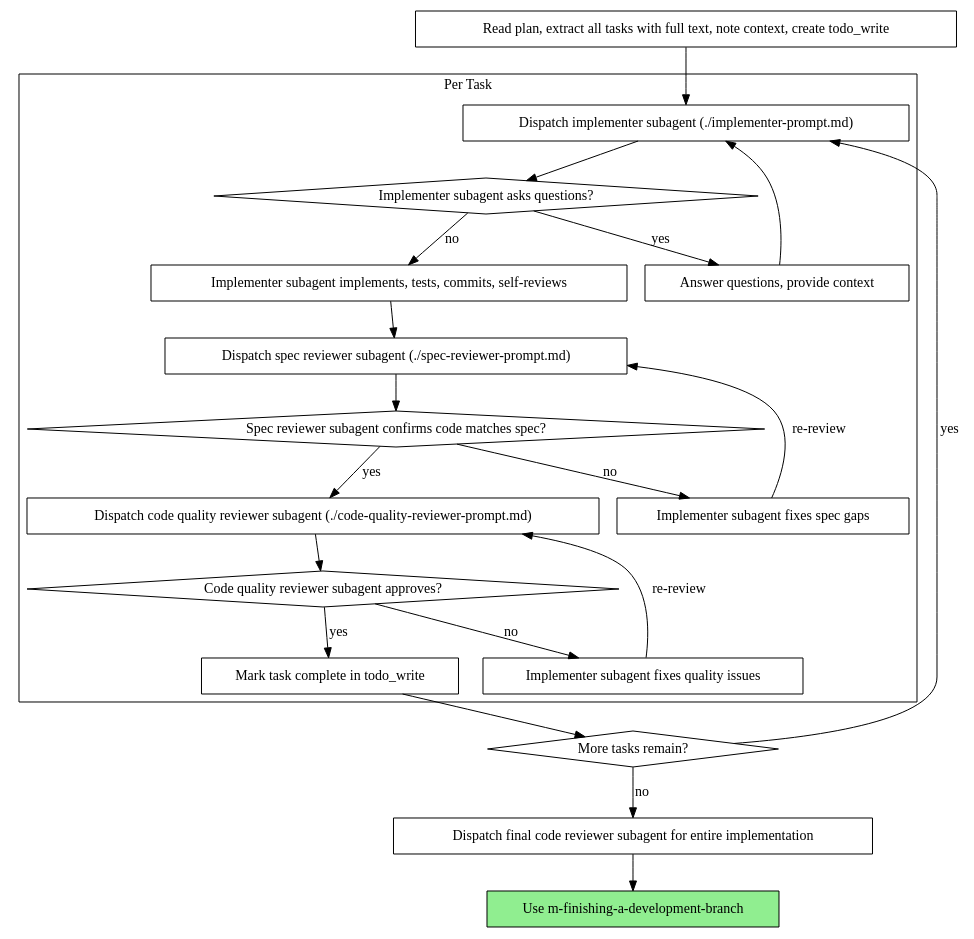
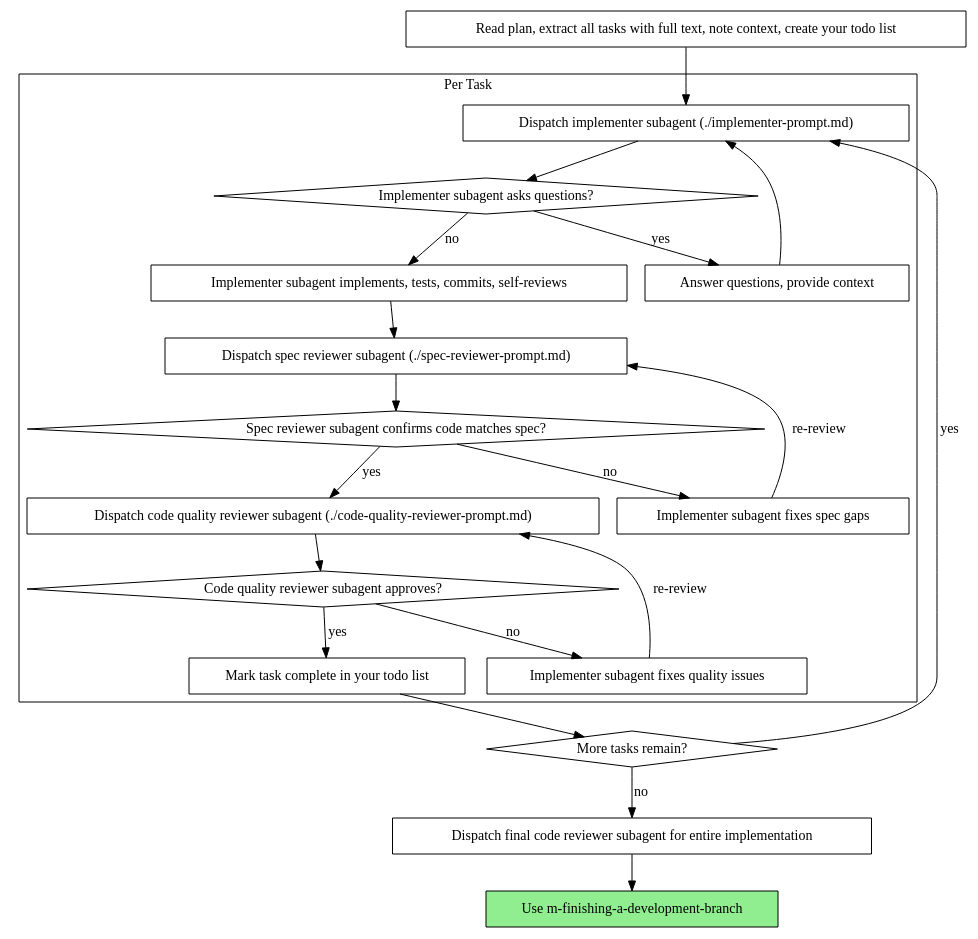
One commit to mituso89/Spec-Driven-Development-toolkits changed the second of 2 diagrams in m-subagent-driven-development/SKILL.md. Above: the diagram before and after it, drawn with Graphviz. The commit also changed other lines of this file and 53 other files, not shown here.

````diff
--- a/m-subagent-driven-development/SKILL.md
+++ b/m-subagent-driven-development/SKILL.md
@@ -44,44 +44,44 @@
 ```dot
 digraph process {
     rankdir=TB;
 
     subgraph cluster_per_task {
         label="Per Task";
         "Dispatch implementer subagent (./implementer-prompt.md)" [shape=box];
         "Implementer subagent asks questions?" [shape=diamond];
         "Answer questions, provide context" [shape=box];
         "Implementer subagent implements, tests, commits, self-reviews" [shape=box];
         "Dispatch spec reviewer subagent (./spec-reviewer-prompt.md)" [shape=box];
         "Spec reviewer subagent confirms code matches spec?" [shape=diamond];
         "Implementer subagent fixes spec gaps" [shape=box];
         "Dispatch code quality reviewer subagent (./code-quality-reviewer-prompt.md)" [shape=box];
         "Code quality reviewer subagent approves?" [shape=diamond];
         "Implementer subagent fixes quality issues" [shape=box];
-        "Mark task complete in todo_write" [shape=box];
+        "Mark task complete in your todo list" [shape=box];
     }
 
-    "Read plan, extract all tasks with full text, note context, create todo_write" [shape=box];
+    "Read plan, extract all tasks with full text, note context, create your todo list" [shape=box];
     "More tasks remain?" [shape=diamond];
     "Dispatch final code reviewer subagent for entire implementation" [shape=box];
     "Use m-finishing-a-development-branch" [shape=box style=filled fillcolor=lightgreen];
 
-    "Read plan, extract all tasks with full text, note context, create todo_write" -> "Dispatch implementer subagent (./implementer-prompt.md)";
+    "Read plan, extract all tasks with full text, note context, create your todo list" -> "Dispatch implementer subagent (./implementer-prompt.md)";
     "Dispatch implementer subagent (./implementer-prompt.md)" -> "Implementer subagent asks questions?";
     "Implementer subagent asks questions?" -> "Answer questions, provide context" [label="yes"];
     "Answer questions, provide context" -> "Dispatch implementer subagent (./implementer-prompt.md)";
     "Implementer subagent asks questions?" -> "Implementer subagent implements, tests, commits, self-reviews" [label="no"];
     "Implementer subagent implements, tests, commits, self-reviews" -> "Dispatch spec reviewer subagent (./spec-reviewer-prompt.md)";
     "Dispatch spec reviewer subagent (./spec-reviewer-prompt.md)" -> "Spec reviewer subagent confirms code matches spec?";
     "Spec reviewer subagent confirms code matches spec?" -> "Implementer subagent fixes spec gaps" [label="no"];
     "Implementer subagent fixes spec gaps" -> "Dispatch spec reviewer subagent (./spec-reviewer-prompt.md)" [label="re-review"];
     "Spec reviewer subagent confirms code matches spec?" -> "Dispatch code quality reviewer subagent (./code-quality-reviewer-prompt.md)" [label="yes"];
     "Dispatch code quality reviewer subagent (./code-quality-reviewer-prompt.md)" -> "Code quality reviewer subagent approves?";
     "Code quality reviewer subagent approves?" -> "Implementer subagent fixes quality issues" [label="no"];
     "Implementer subagent fixes quality issues" -> "Dispatch code quality reviewer subagent (./code-quality-reviewer-prompt.md)" [label="re-review"];
-    "Code quality reviewer subagent approves?" -> "Mark task complete in todo_write" [label="yes"];
-    "Mark task complete in todo_write" -> "More tasks remain?";
+    "Code quality reviewer subagent approves?" -> "Mark task complete in your todo list" [label="yes"];
+    "Mark task complete in your todo list" -> "More tasks remain?";
     "More tasks remain?" -> "Dispatch implementer subagent (./implementer-prompt.md)" [label="yes"];
     "More tasks remain?" -> "Dispatch final code reviewer subagent for entire implementation" [label="no"];
     "Dispatch final code reviewer subagent for entire implementation" -> "Use m-finishing-a-development-branch";
 }
 ```
````
